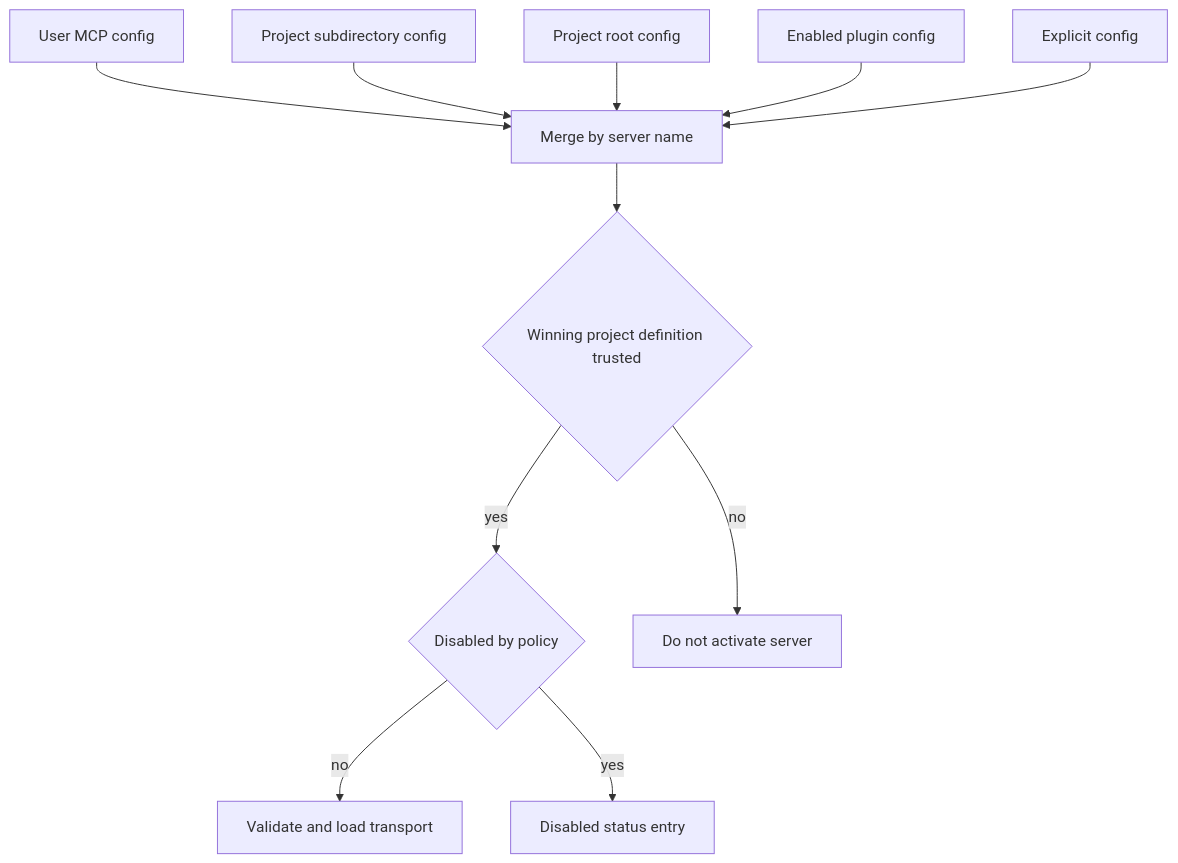
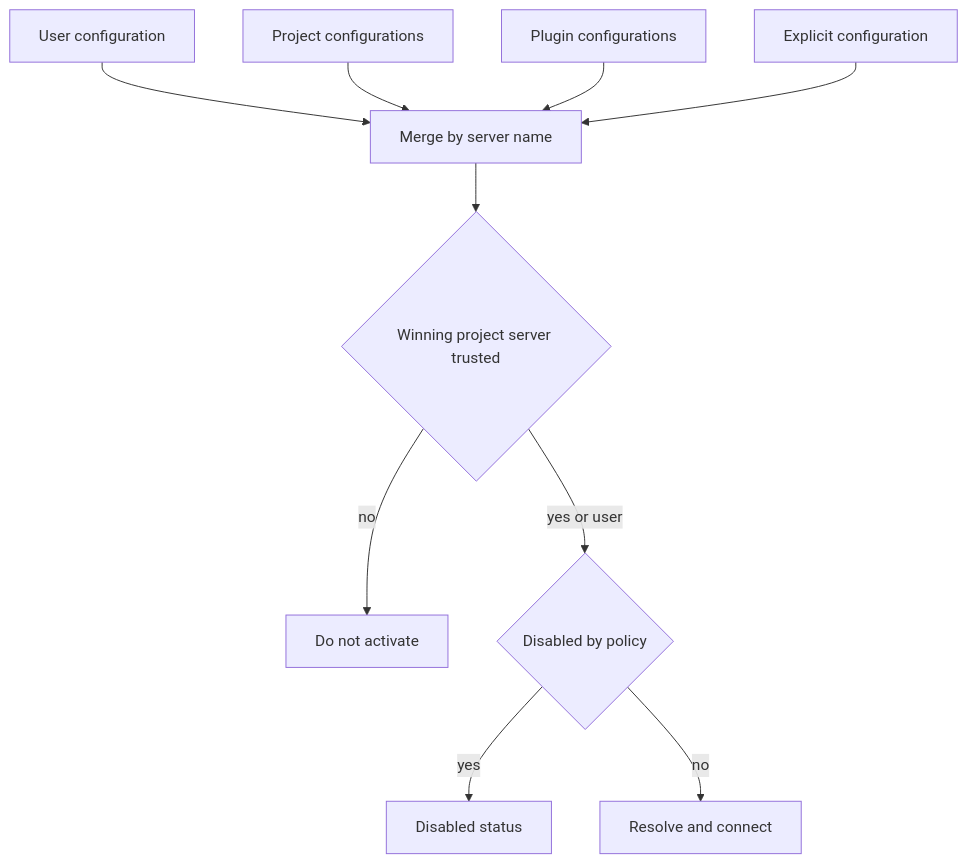
The first of 2 diagrams in openwiki/integrations/mcp.md (langchain-ai/deepagents), drawn with Mermaid before and after one commit. The commit also changed other lines of this file and 39 other files, not shown here.

````diff
--- a/openwiki/integrations/mcp.md
+++ b/openwiki/integrations/mcp.md
@@ -51,13 +61,12 @@
 ```mermaid
 flowchart TD
-    User["User MCP config"] --> Merge["Merge by server name"]
-    Subdir["Project subdirectory config"] --> Merge
-    Root["Project root config"] --> Merge
-    Plugin["Enabled plugin config"] --> Merge
-    Explicit["Explicit config"] --> Merge
-    Merge --> ProjectTrust{"Winning project definition trusted"}
-    ProjectTrust -->|"yes"| Disabled{"Disabled by policy"}
-    ProjectTrust -->|"no"| Skip["Do not activate server"]
-    Disabled -->|"no"| Load["Validate and load transport"]
-    Disabled -->|"yes"| Visible["Disabled status entry"]
+    User["User configuration"] --> Merge["Merge by server name"]
+    Project["Project configurations"] --> Merge
+    Plugin["Plugin configurations"] --> Merge
+    Explicit["Explicit configuration"] --> Merge
+    Merge --> Trust{"Winning project server trusted"}
+    Trust -->|"no"| Skip["Do not activate"]
+    Trust -->|"yes or user"| Disabled{"Disabled by policy"}
+    Disabled -->|"yes"| Status["Disabled status"]
+    Disabled -->|"no"| Activate["Resolve and connect"]
 ```
````
